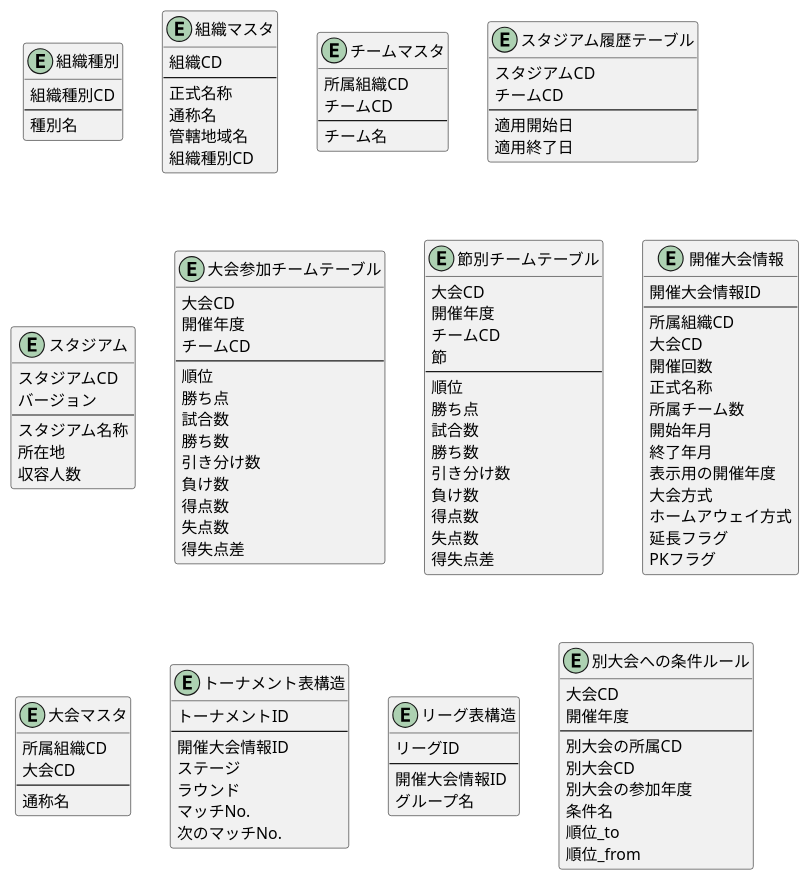
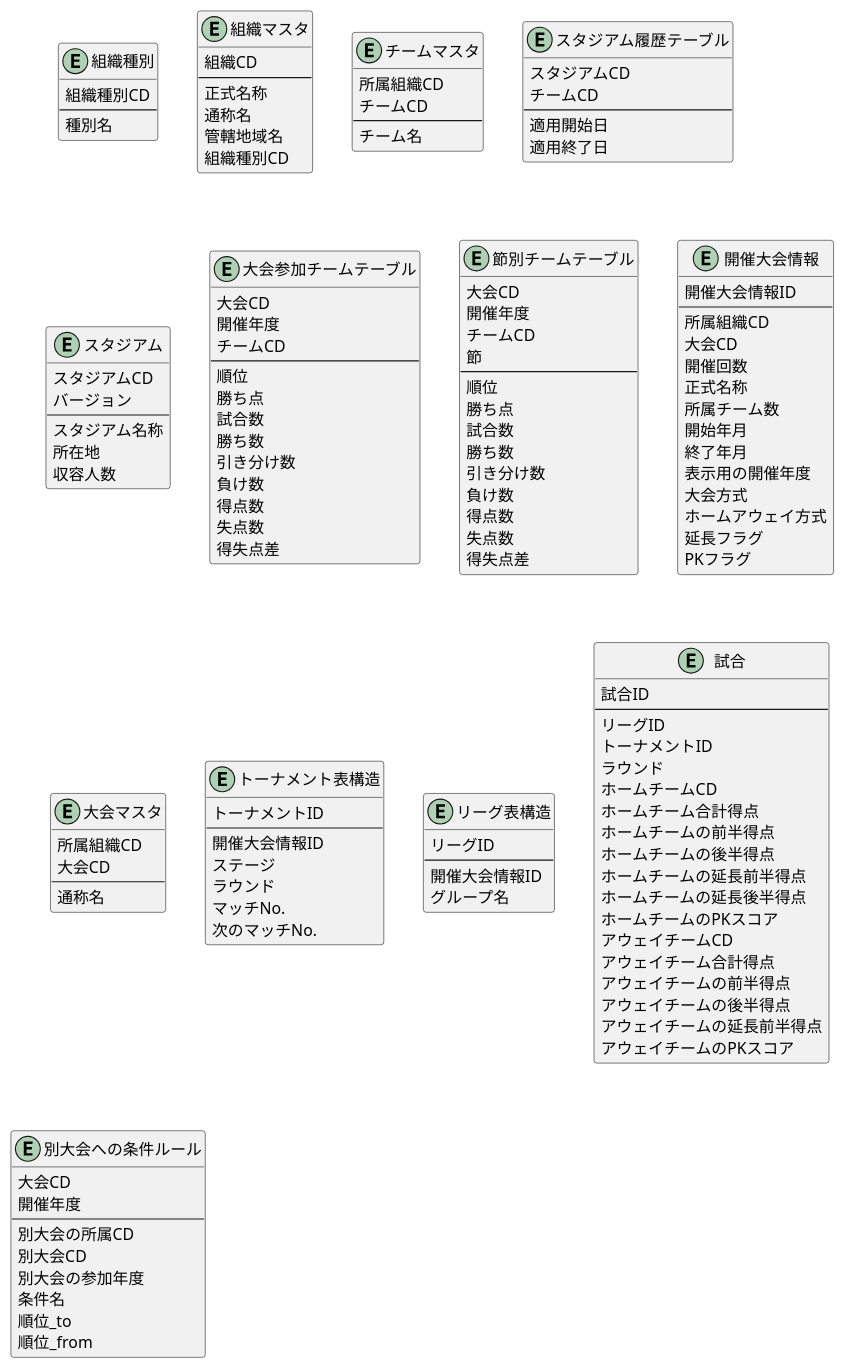
The diagram in soccker_db.puml (LCC-SYamada/SocckerDB_PlantUML), drawn with PlantUML before and after one commit.

Commit message:
試合テーブルを作成

```diff
--- a/soccker_db.puml
+++ b/soccker_db.puml
@@ -1,128 +1,149 @@
 @startuml
 
 Entity "組織種別" as OrganizationType {
   組織種別CD
   --
   種別名
 }
 
 Entity "組織マスタ" as Organization {
   組織CD
   --
   正式名称
   通称名
   管轄地域名
   組織種別CD
 }
 
 Entity "チームマスタ" as Team {
   所属組織CD
   チームCD
   --
   チーム名
 }
 
 Entity "スタジアム履歴テーブル" as StadiumHistory {
   スタジアムCD
   チームCD
   --
   適用開始日
   適用終了日
 }
 
 Entity "スタジアム" as Stadium {
   スタジアムCD
   バージョン
   --
   スタジアム名称
   所在地
   収容人数
 }
 
 Entity "大会参加チームテーブル" as SeaSonTournament {
   大会CD
   開催年度
   チームCD
   --
   順位
   勝ち点
   試合数
   勝ち数
   引き分け数
   負け数
   得点数
   失点数
   得失点差  
 }
 
 Entity "節別チームテーブル" as MatchDayRank {
   大会CD
   開催年度
   チームCD
   節
   --
   順位
   勝ち点
   試合数
   勝ち数
   引き分け数
   負け数
   得点数
   失点数
   得失点差  
 }
 
 Entity "開催大会情報" as TournamentInfo {
   開催大会情報ID
   --
   所属組織CD
   大会CD
   開催回数
   正式名称
   所属チーム数
   開始年月
   終了年月
   表示用の開催年度
   大会方式
   ホームアウェイ方式
   延長フラグ
   PKフラグ
 }
 
 Entity "大会マスタ" as Tournament {
   所属組織CD
   大会CD
   --
   通称名
 }
 
 Entity "トーナメント表構造" as TournamentTable {
   トーナメントID
   --
   開催大会情報ID
   ステージ
   ラウンド
   マッチNo.
   次のマッチNo.
 }
 
 Entity "リーグ表構造" as LeagueTable {
   リーグID
   --
   開催大会情報ID
   グループ名
 }
 
+Entity "試合" as Match {
+  試合ID
+  --
+  リーグID
+  トーナメントID
+  ラウンド
+  ホームチームCD
+  ホームチーム合計得点
+  ホームチームの前半得点
+  ホームチームの後半得点
+  ホームチームの延長前半得点
+  ホームチームの延長後半得点
+  ホームチームのPKスコア
+  アウェイチームCD
+  アウェイチーム合計得点
+  アウェイチームの前半得点
+  アウェイチームの後半得点
+  アウェイチームの延長前半得点
+  アウェイチームのPKスコア
+}
+
 Entity "別大会への条件ルール" as TournamentDetail {
   大会CD
   開催年度
   --
   別大会の所属CD
   別大会CD
   別大会の参加年度
   条件名
   順位_to
   順位_from
 }
 
 @enduml
```
